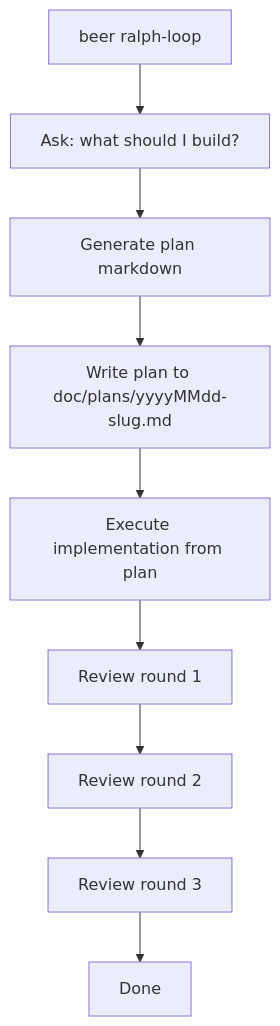
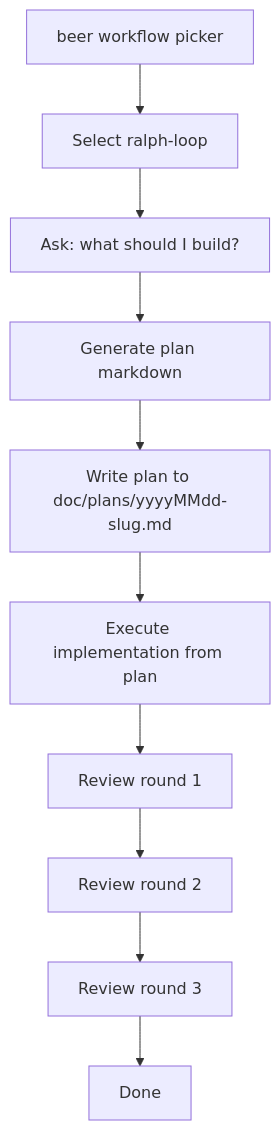
Before and after one commit to ex3ndr/holdmybeer: the diagram in doc/ralph-loop-workflow.md, drawn with Mermaid. The commit also changed other lines of this file and 12 other files, not shown here.

````diff
--- a/doc/ralph-loop-workflow.md
+++ b/doc/ralph-loop-workflow.md
@@ -7,11 +7,12 @@
 ```mermaid
 flowchart TD
-  A[beer ralph-loop] --> B[Ask: what should I build?]
-  B --> C[Generate plan markdown]
-  C --> D[Write plan to doc/plans/yyyyMMdd-slug.md]
-  D --> E[Execute implementation from plan]
-  E --> F[Review round 1]
-  F --> G[Review round 2]
-  G --> H[Review round 3]
-  H --> I[Done]
+  A[beer workflow picker] --> B[Select ralph-loop]
+  B --> C[Ask: what should I build?]
+  C --> D[Generate plan markdown]
+  D --> E[Write plan to doc/plans/yyyyMMdd-slug.md]
+  E --> F[Execute implementation from plan]
+  F --> G[Review round 1]
+  G --> H[Review round 2]
+  H --> I[Review round 3]
+  I --> J[Done]
 ```
````
